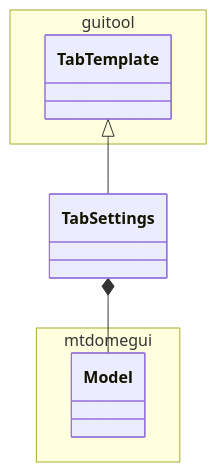
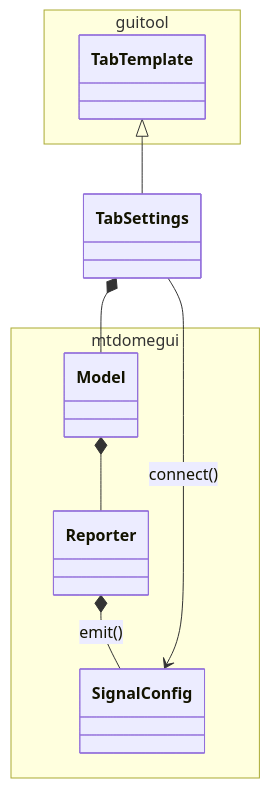
Before and after one commit to lsst-ts/ts_mtdomegui: the diagram in doc/uml/tab/class_tab_settings.mmd, drawn with Mermaid. The commit also changed 3 other files, not shown here.

```diff
--- a/doc/uml/tab/class_tab_settings.mmd
+++ b/doc/uml/tab/class_tab_settings.mmd
@@ -1,13 +1,20 @@
 classDiagram
 
 namespace guitool {
   class TabTemplate
 }
 
 namespace mtdomegui {
   class Model
+  class Reporter
+  class SignalConfig
 }
+
+Model *-- Reporter
+
+Reporter *-- SignalConfig : emit()
 
 TabTemplate <|-- TabSettings
 
 TabSettings *-- Model
+TabSettings --> SignalConfig : connect()
```
